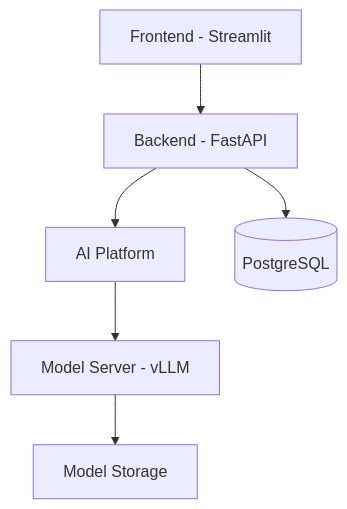
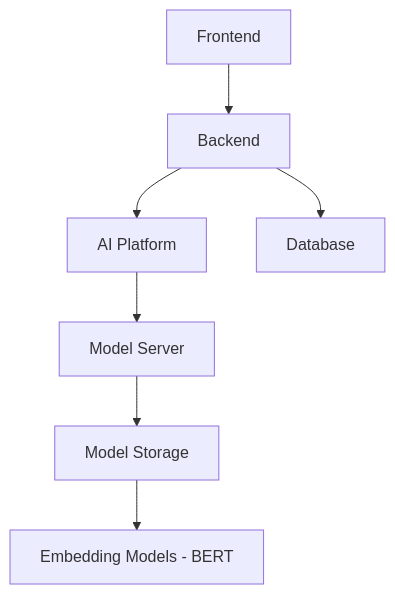
The first of 2 diagrams in design_doc.md (bier-ml/lunapark), drawn with Mermaid before and after one commit. The commit also changed other lines of this file, not shown here.

````diff
--- a/design_doc.md
+++ b/design_doc.md
@@ -92,8 +108,9 @@
 ```mermaid
 graph TD
-    A[Frontend - Streamlit] --> B[Backend - FastAPI]
+    A[Frontend] --> B[Backend]
     B --> C[AI Platform]
-    C --> D[Model Server - vLLM]
-    B --> E[(PostgreSQL)]
+    C --> D[Model Server]
+    B --> E[Database]
     D --> F[Model Storage]
+    F --> G[Embedding Models - BERT]
 ```
````
